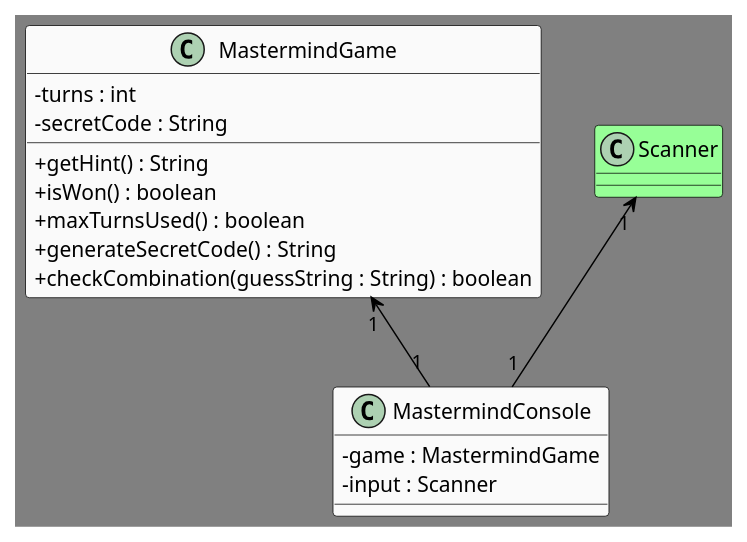
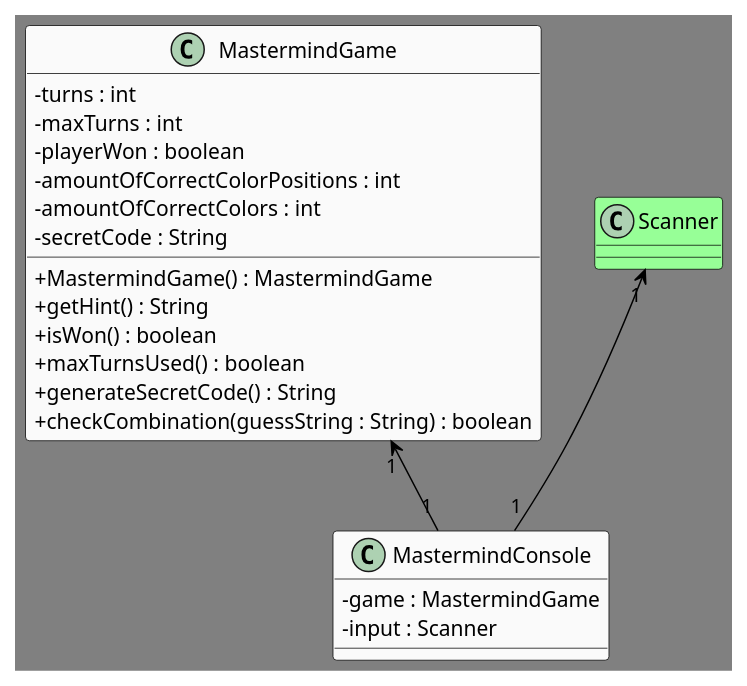
Before and after one commit to daniel1890/OOASD: the diagram in week1/mastermind/klassediagram-mastermind.puml, drawn with PlantUML. The commit also changed 1 other file, not shown here.

Commit message:
refactor MastermindGame

```diff
--- a/week1/mastermind/klassediagram-mastermind.puml
+++ b/week1/mastermind/klassediagram-mastermind.puml
@@ -1,37 +1,42 @@
 @startuml mastermind
 
 skinparam class {
 BackgroundColor #FAFAFA
 ArrowColor Black
 BorderColor Black
 BackgroundColor<<Foo>> DarkGrey
 }
 skinparam classAttributeIconSize 0
 skinparam backgroundcolor Gray
 skinparam stereotypeCBackgroundColor YellowGreen
 
 class MastermindConsole {
 -game : MastermindGame
 -input : Scanner
 
 }
 
 class MastermindGame {
 -turns : int
+-maxTurns : int
+-playerWon : boolean
+-amountOfCorrectColorPositions : int
+-amountOfCorrectColors : int
++MastermindGame() : MastermindGame
 -secretCode : String
 +getHint() : String
 +isWon() : boolean
 +maxTurnsUsed() : boolean
 +generateSecretCode() : String
 +checkCombination(guessString : String) : boolean
 }
 
 class Scanner #Physical {
 }
 
 MastermindGame "1" <-- "1" MastermindConsole
 Scanner "1" <-- "1" MastermindConsole
 
 
 
 @enduml
```
